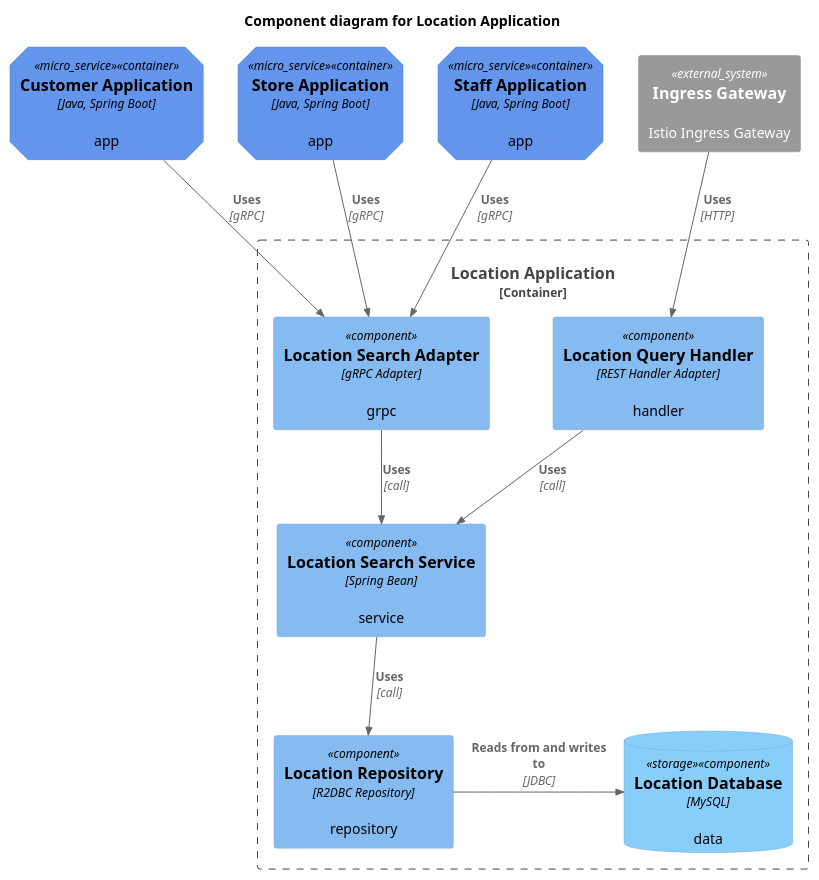
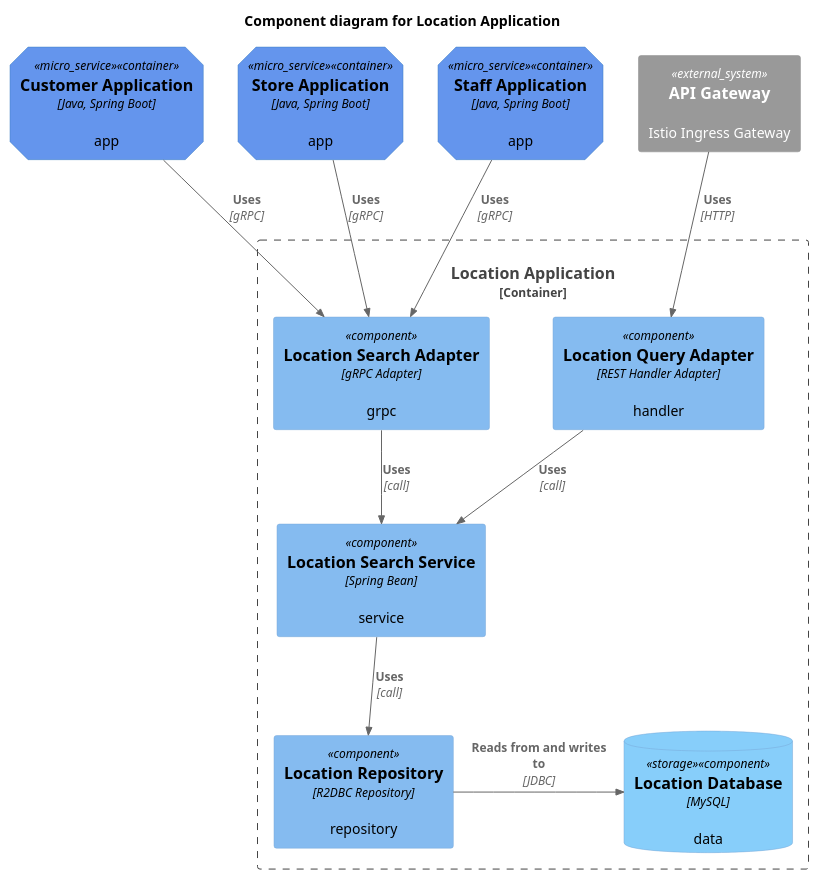
Before and after one commit to codejsha/sakila-microservices: the diagram in diagram/component/location-application.puml, drawn with PlantUML. The commit also changed 13 other files, not shown here.

Commit message:
update diagrams

```diff
--- a/diagram/component/location-application.puml
+++ b/diagram/component/location-application.puml
@@ -1,36 +1,36 @@
 @startuml "location-application"
 !include https://raw.githubusercontent.com/plantuml-stdlib/C4-PlantUML/master/C4_Component.puml
 
 AddElementTag("micro_service", $shape=EightSidedShape(), $bgColor="CornflowerBlue", $fontColor="black", $legendText="micro service\neight sided")
 AddElementTag("storage", $shape=RoundedBoxShape(), $bgColor="lightSkyBlue", $fontColor="black")
 
 title Component diagram for Location Application
 
 Container(customer_app, "Customer Application", "Java, Spring Boot", "app", $tags = "micro_service")
 Container(store_app, "Store Application", "Java, Spring Boot", "app", $tags = "micro_service")
 Container(staff_app, "Staff Application", "Java, Spring Boot", "app", $tags = "micro_service")
-System_Ext(ingress_gateway, "Ingress Gateway", "Istio Ingress Gateway")
+System_Ext(ingress_gateway, "API Gateway", "Istio Ingress Gateway")
 
 Container_Boundary(location_app, "Location Application") {
-    Component(query_adapter, "Location Query Handler", "REST Handler Adapter", "handler")
+    Component(query_adapter, "Location Query Adapter", "REST Handler Adapter", "handler")
     Component(location_search_adapter, "Location Search Adapter", "gRPC Adapter", "grpc")
 
     Component(location_service, "Location Search Service", "Spring Bean", "service")
 
     Component(location_repository, "Location Repository", "R2DBC Repository", "repository")
     ComponentDb(location_db, "Location Database", "MySQL", "data", $tags = "storage")
 
     Rel(query_adapter, location_service, "Uses", "call")
     Rel(location_search_adapter, location_service, "Uses", "call")
 
     Rel(location_service, location_repository, "Uses", "call")
 
     Rel_R(location_repository, location_db, "Reads from and writes to", "JDBC")
 }
 
 Rel(customer_app, location_search_adapter, "Uses", "gRPC")
 Rel(store_app, location_search_adapter, "Uses", "gRPC")
 Rel(staff_app, location_search_adapter, "Uses", "gRPC")
 Rel(ingress_gateway, query_adapter, "Uses", "HTTP")
 
 @enduml
```
